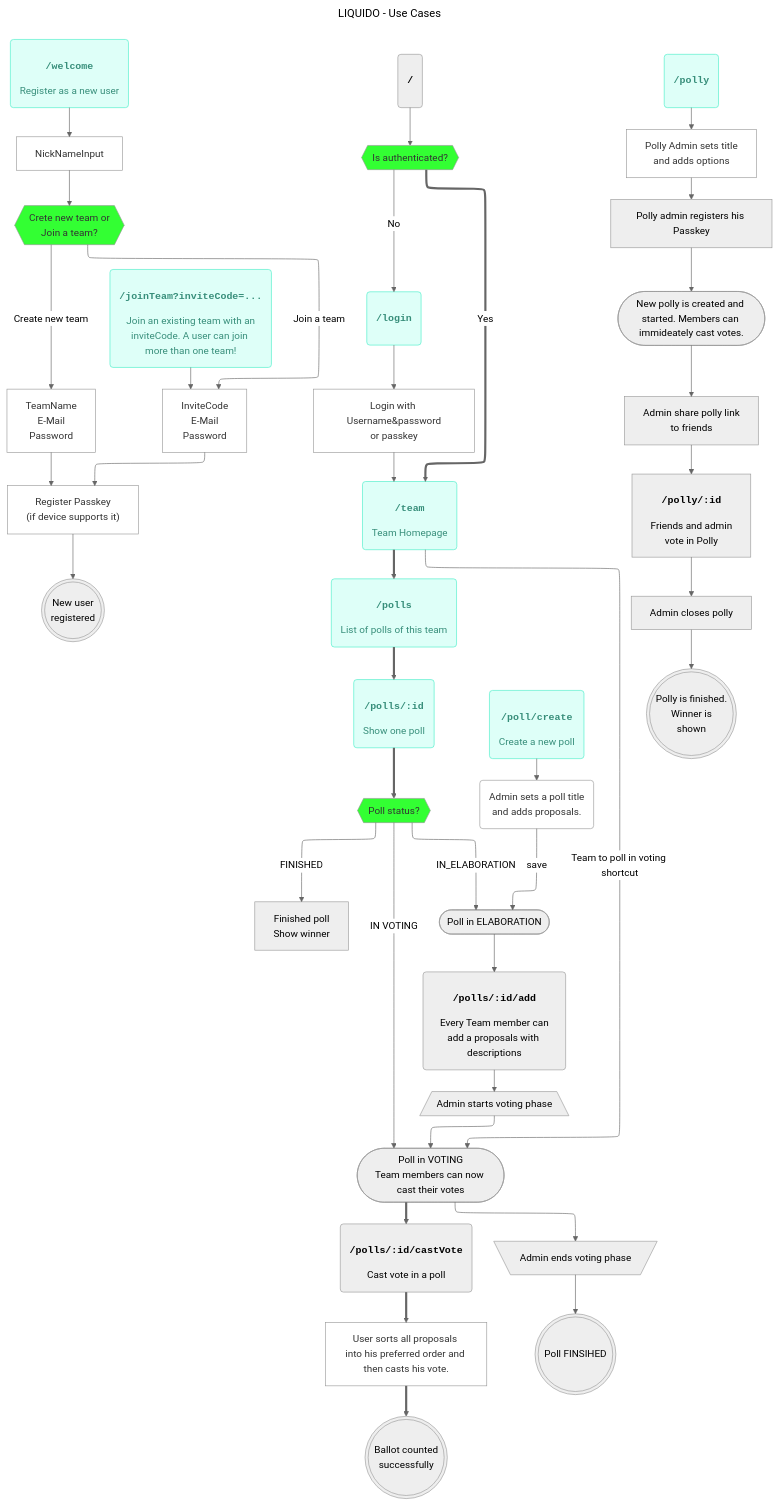
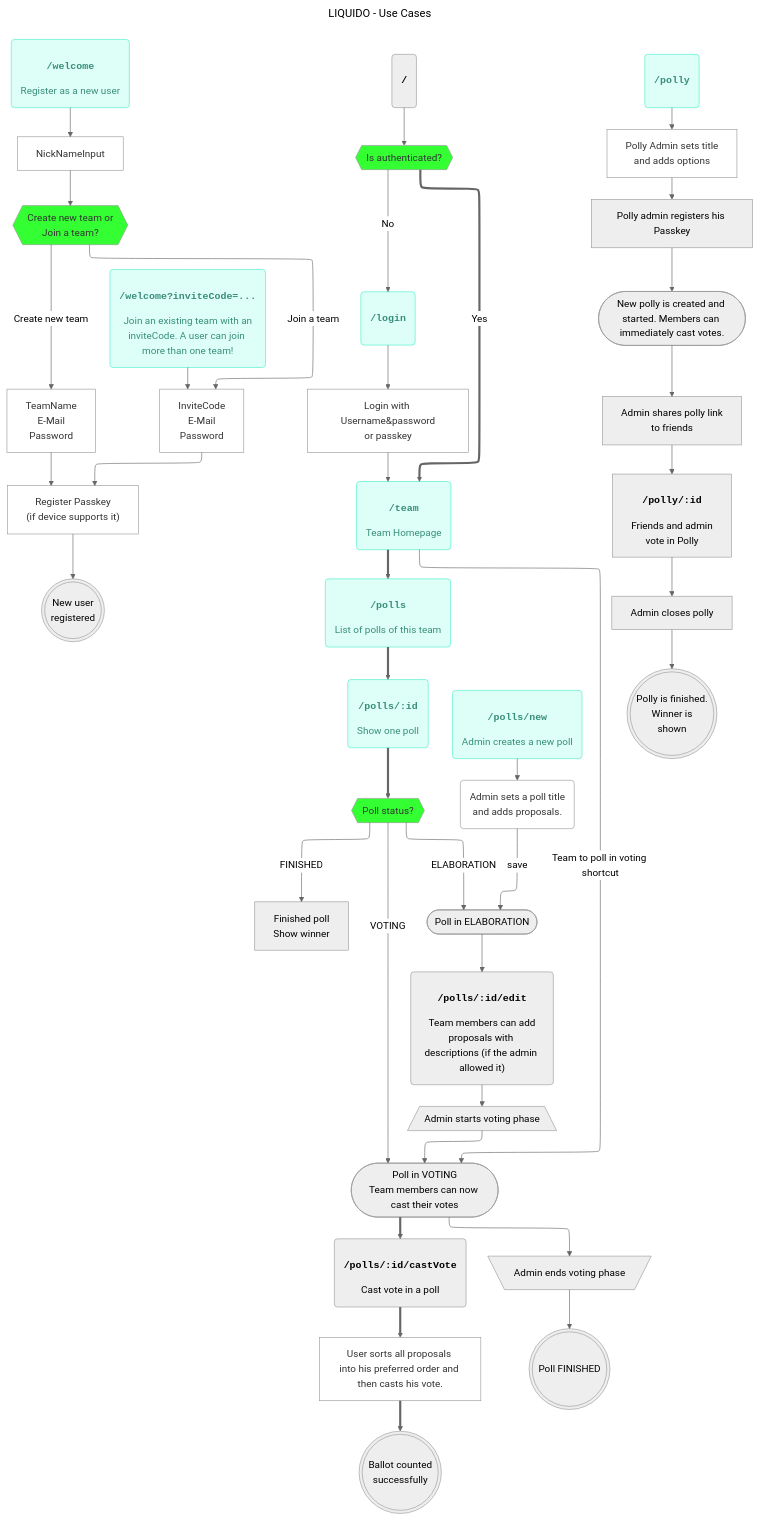
One commit to Doogiemuc/liquido-mobile-pwa-vue3 changed the diagram in docs/use-case-flows/liquido-screen-flow.mermaid. Above: the diagram before and after it, drawn with Mermaid. The commit also changed 16 other files, not shown here.

First line of the commit message:
Consolidate docs: AGENTS.md, testing doc, use cases, architecture

```diff
--- a/docs/use-case-flows/liquido-screen-flow.mermaid
+++ b/docs/use-case-flows/liquido-screen-flow.mermaid
@@ -1,96 +1,96 @@
 ---
 config:
   theme: neutral
   layout: elk
 title: LIQUIDO - Use Cases
 ---
 flowchart TB
     Welcome("<pre><b>/welcome</b></pre> Register as a new user") 
     --> NickNameInput["NickNameInput"]
-    --> CreateOrJoinTeam{{"Crete new team or
+    --> CreateOrJoinTeam{{"Create new team or
 Join a team?"}}
     CreateOrJoinTeam -- Create new team --> CreateTeamInput["TeamName
 E-Mail
 Password"]
     CreateOrJoinTeam -- Join a team --> JoinTeamInput["InviteCode
 E-Mail
 Password"]
-    JoinTeam("<pre><b>/joinTeam?inviteCode=...</b></pre> Join an existing team with an inviteCode. A user can join more than one team!") 
+    JoinTeam("<pre><b>/welcome?inviteCode=...</b></pre> Join an existing team with an inviteCode. A user can join more than one team!") 
     --> JoinTeamInput    
     CreateTeamInput & JoinTeamInput
     --> RegisterPasskey["Register Passkey<br>(if device supports it)"]
     --> NewUserRegistered
 
     Index("<pre><b>/</b></pre>") 
     --> IsAuthenticated{{"Is authenticated?"}}
     IsAuthenticated == Yes ==> TeamHome
     IsAuthenticated -- No --> Login
     TeamHome("<pre><b>/team</b></pre> Team Homepage")
     ==> Polls("<pre><b>/polls</b></pre> List of polls of this team")
     ==> PollShow("<pre><b>/polls/:id</b></pre> Show one poll")
     ==> PollStatus{{"Poll status?"}}
 
     PollStatus -- FINISHED --> ShowWinner["Finished poll\nShow winner"]
-    PollStatus -- IN_ELABORATION --> PollInElaboration
-    PollStatus -- IN VOTING --> PollInVoting
+    PollStatus -- ELABORATION --> PollInElaboration
+    PollStatus -- VOTING --> PollInVoting
     
     TeamHome -- Team to poll in voting shortcut --> PollInVoting
 
     PollInVoting
     ==> CastVote("<pre><b>/polls/:id/castVote</b></pre> Cast vote in a poll")
     ==> CastVoteInput["User sorts all proposals into his preferred order and then casts his vote."]
     ==> BallotCasted
     
-    PollCreate("<pre><b>/poll/create</b></pre>Create a new poll") 
+    PollCreate("<pre><b>/polls/new</b></pre>Admin creates a new poll") 
     --> PollTitleInput("Admin sets a poll title\nand adds proposals.")
     -- save --> PollInElaboration(["Poll in ELABORATION"])
-    --> AddProposal("<pre><b>/polls/:id/add</b></pre> Every Team member can add a proposals with descriptions") 
+    --> AddProposal("<pre><b>/polls/:id/edit</b></pre> Team members can add proposals with descriptions (if the admin allowed it)") 
     --> StartVoting
     --> PollInVoting(["Poll in VOTING<br>Team members can now cast their votes"])
     --> EndVoting
     --> PollFinished
 
     Login("<pre><b>/login</b></pre>")
     --> LoginInput["Login with Username&password<br>or passkey"]
     --> TeamHome
 
     CreatePolly("<pre><b>/polly</b></pre>")
     --> AddPollyOptions["Polly Admin sets title\nand adds options"]
     --> ClickCreatePasskey["Polly admin registers his Passkey"]
-    --> PollyCreated(["New polly is created and started. Members can immideately cast votes."])
-    --> SharePollyLink["Admin share polly link\nto friends"]
+    --> PollyCreated(["New polly is created and started. Members can immediately cast votes."])
+    --> SharePollyLink["Admin shares polly link\nto friends"]
     --> FriendsVoteInPolly["<pre><b>/polly/:id</b></pre>Friends and admin\nvote in Polly"]
     --> AdminClosesPolly["Admin closes polly"]
     --> PollyFinished
 
      NickNameInput:::UserInput
      CreateOrJoinTeam:::Decision
      CreateTeamInput:::UserInput
      JoinTeamInput:::UserInput
      RegisterPasskey:::UserInput
      IsAuthenticated:::Decision
      LoginInput:::UserInput
      Welcome:::Aqua
      JoinTeam:::Aqua
      TeamHome:::Aqua
      Login:::Aqua
      Polls:::Aqua
      PollCreate:::Aqua
      PollShow:::Aqua
      PollStatus:::Decision
      CastVoteInput:::UserInput
      PollTitleInput:::UserInput
      AddPollyOptions:::UserInput
      NewUserRegistered@{ shape: dbl-circ, label: "New user<bR>registered" }
      StartVoting@{ shape: trap-b, label: "Admin starts voting phase" }
      EndVoting@{ shape: trap-t, label: "Admin ends voting phase" }
-     PollFinished@{ shape: dbl-circ, label: "Poll FINSIHED" }
+     PollFinished@{ shape: dbl-circ, label: "Poll FINISHED" }
      BallotCasted@{ shape: dbl-circ, label: "Ballot counted<bR>successfully" }
      CreatePolly:::Aqua
      PollyFinished@{ shape: dbl-circ, label: "Polly is finished.\nWinner is\nshown" }
     classDef UserInput fill:#FFF,color:#333
     classDef Decision fill:#3F3,color:#333
     classDef Peach stroke-width:1px, stroke-dasharray:none, stroke:#FBB35A, fill:#FFEFDB, color:#8F632D
     classDef Pine stroke-width:1px, stroke-dasharray:none, stroke:#254336, fill:#27654A, color:#FFFFFF
     classDef Rose stroke-width:1px, stroke-dasharray:none, stroke:#FF5978, fill:#FFDFE5, color:#8E2236
     classDef Aqua stroke-width:1px, stroke-dasharray:none, stroke:#46EDC8, fill:#DEFFF8, color:#378E7A
```
